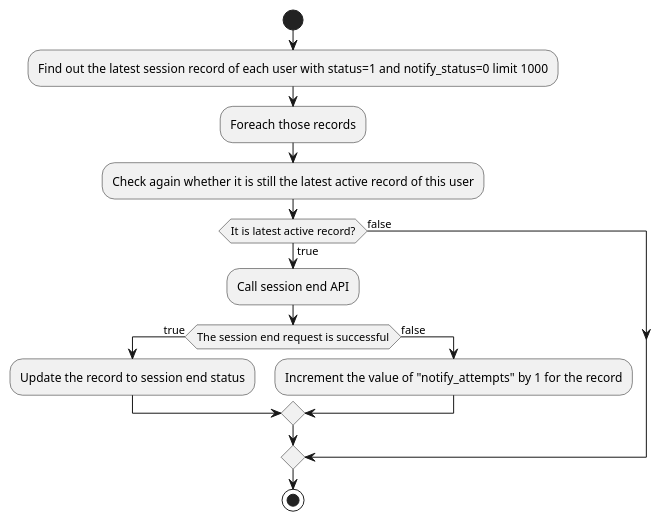
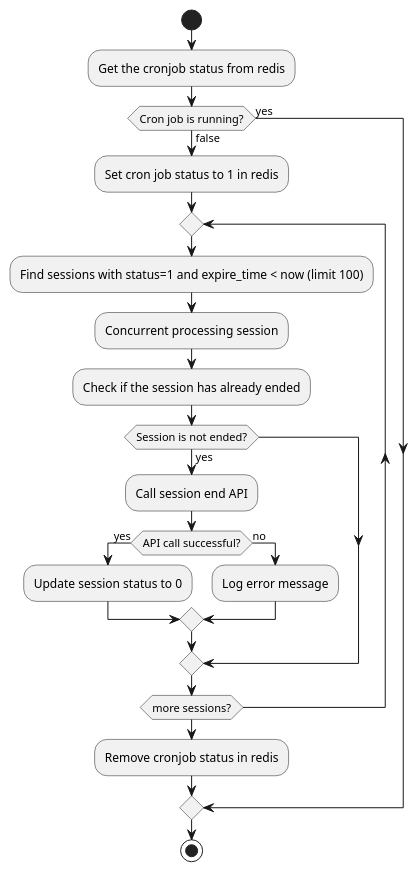
The diagram in Session end cron job.puml (Jayounger/EyeMed-Sequence-Diagram), drawn with PlantUML before and after one commit. The commit also changed 32 other files, not shown here.

```diff
--- a/Session end cron job.puml
+++ b/Session end cron job.puml
@@ -1,20 +1,27 @@
 @startuml
 'https://plantuml.com/activity-diagram-beta
 
 start
-:Find out the latest session record of each user with status=1 and notify_status=0 limit 1000;
-:Foreach those records;
-:Check again whether it is still the latest active record of this user;
-if (It is latest active record?) then (true)
-    :Call session end API;
-    if (The session end request is successful) then (true)
-        :Update the record to session end status;
-    else (false)
-        :Increment the value of "notify_attempts" by 1 for the record;
+:Get the cronjob status from redis;
+if (Cron job is running?) then (yes)
+else (false)
+:Set cron job status to 1 in redis;
+repeat
+:Find sessions with status=1 and expire_time < now (limit 100);
+    :Concurrent processing session;
+    :Check if the session has already ended;
+    if (Session is not ended?) then (yes)
+        :Call session end API;
+        if (API call successful?) then (yes)
+            :Update session status to 0;
+        else (no)
+            :Log error message;
+        endif
     endif
-else (false)
-
+repeat while (more sessions?)
+:Remove cronjob status in redis;
 endif
 
 stop
+
 @enduml
```
